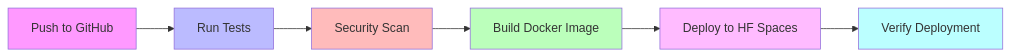
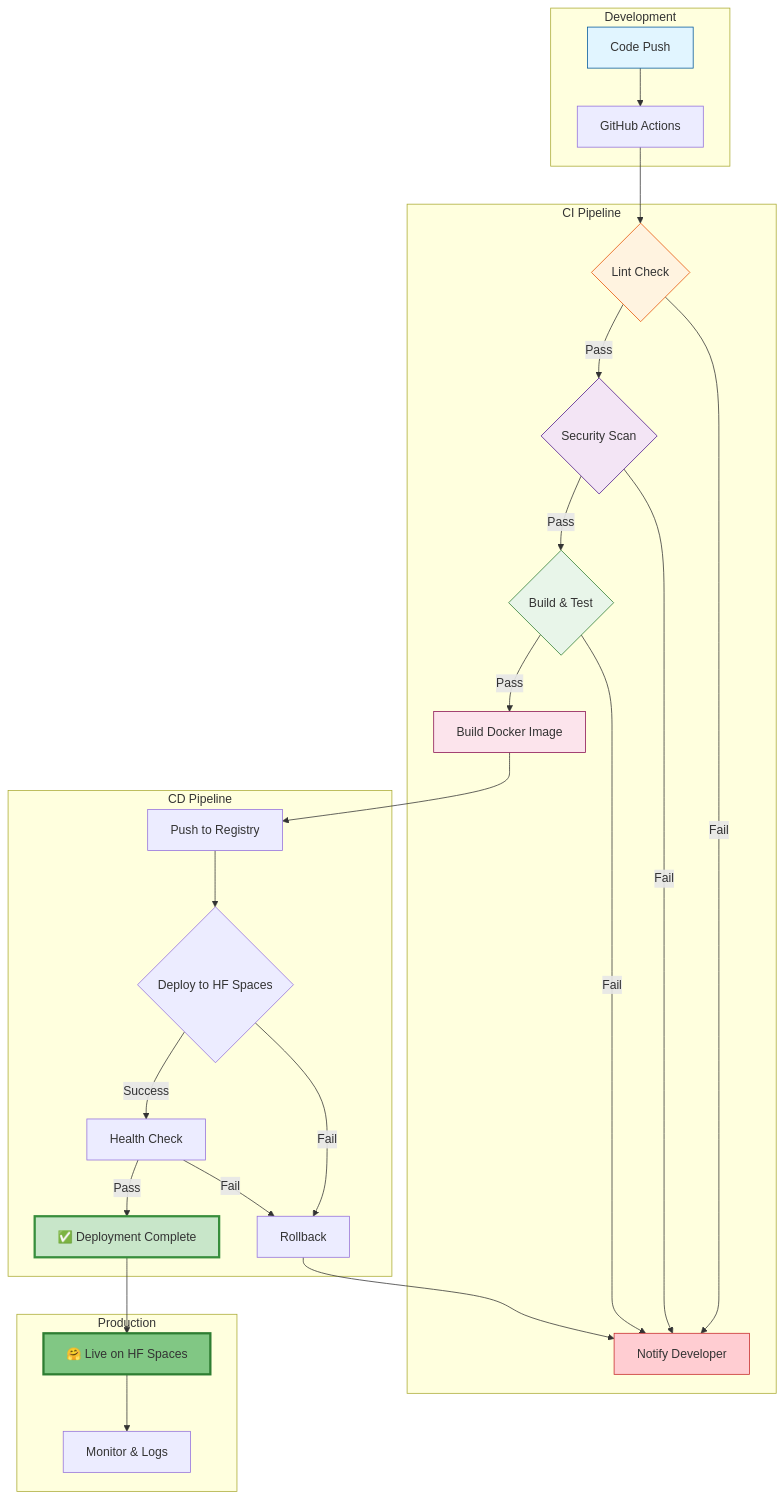
The fifth of 6 diagrams in README.md (NovusAevum/agent4-implementation), drawn with Mermaid before and after one commit. The commit also changed other lines of this file and 1 other file, not shown here.

First line of the commit message:
feat: Update README with live deployment section and enhanced diagrams

````diff
--- a/README.md
+++ b/README.md
@@ -439,15 +460,40 @@
 ```mermaid
-graph LR
-    A[Push to GitHub] --> B[Run Tests]
-    B --> C[Security Scan]
-    C --> D[Build Docker Image]
-    D --> E[Deploy to HF Spaces]
-    E --> F[Verify Deployment]
+graph TB
+    subgraph "Development"
+        A[Code Push] --> B[GitHub Actions]
+    end
     
-    style A fill:#f9f
-    style B fill:#bbf
-    style C fill:#fbb
-    style D fill:#bfb
-    style E fill:#fbf
-    style F fill:#bff
+    subgraph "CI Pipeline"
+        B --> C{Lint Check}
+        C -->|Pass| D{Security Scan}
+        C -->|Fail| Z[Notify Developer]
+        D -->|Pass| E{Build & Test}
+        D -->|Fail| Z
+        E -->|Pass| F[Build Docker Image]
+        E -->|Fail| Z
+    end
+    
+    subgraph "CD Pipeline"
+        F --> G[Push to Registry]
+        G --> H{Deploy to HF Spaces}
+        H -->|Success| I[Health Check]
+        H -->|Fail| J[Rollback]
+        I -->|Pass| K[✅ Deployment Complete]
+        I -->|Fail| J
+        J --> Z
+    end
+    
+    subgraph "Production"
+        K --> L[🤗 Live on HF Spaces]
+        L --> M[Monitor & Logs]
+    end
+    
+    style A fill:#e1f5ff,stroke:#01579b
+    style C fill:#fff3e0,stroke:#e65100
+    style D fill:#f3e5f5,stroke:#4a148c
+    style E fill:#e8f5e9,stroke:#2e7d32
+    style F fill:#fce4ec,stroke:#880e4f
+    style K fill:#c8e6c9,stroke:#388e3c,stroke-width:3px
+    style L fill:#81c784,stroke:#2e7d32,stroke-width:3px
+    style Z fill:#ffcdd2,stroke:#c62828
 ```
````
